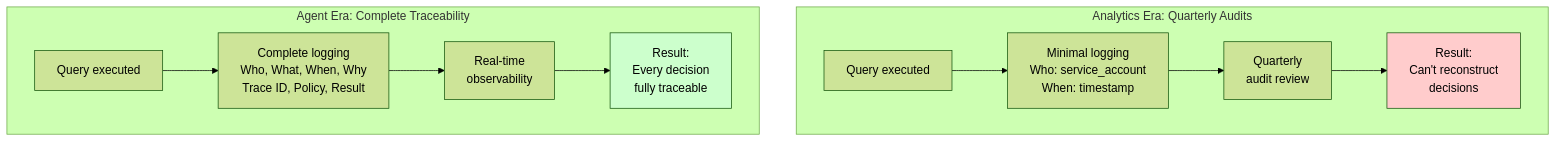
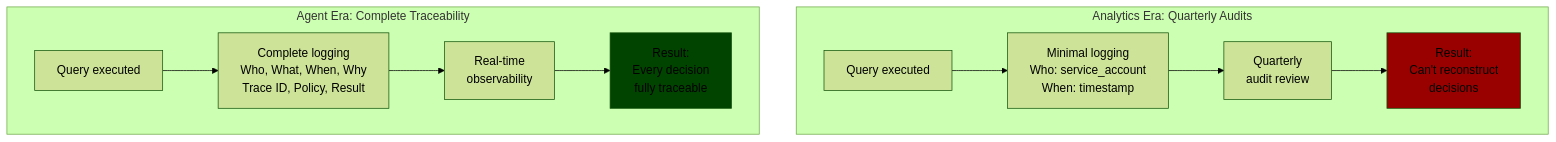
Before and after one commit to colaberry/enterprise-data-readiness-ai-agents: the eighth of 8 diagrams in chapter-00/chapter_00_complete.md, drawn with Mermaid (forest theme). The commit also changed other lines of this file, not shown here.

````diff
--- a/chapter-00/chapter_00_complete.md
+++ b/chapter-00/chapter_00_complete.md
@@ -567,17 +568,17 @@
 ```mermaid
 graph TB
     subgraph "Analytics Era: Quarterly Audits"
         A1[Query executed] --> A2[Minimal logging<br/>Who: service_account<br/>When: timestamp]
         A2 --> A3[Quarterly<br/>audit review]
         A3 --> A4[Result:<br/>Can't reconstruct<br/>decisions]
     end
     
     subgraph "Agent Era: Complete Traceability"
         B1[Query executed] --> B2[Complete logging<br/>Who, What, When, Why<br/>Trace ID, Policy, Result]
         B2 --> B3[Real-time<br/>observability]
         B3 --> B4[Result:<br/>Every decision<br/>fully traceable]
     end
     
-    style A4 fill:#ffcccc
-    style B4 fill:#ccffcc
+    style A4 fill:#990000
+    style B4 fill:#004400
 ```
````
